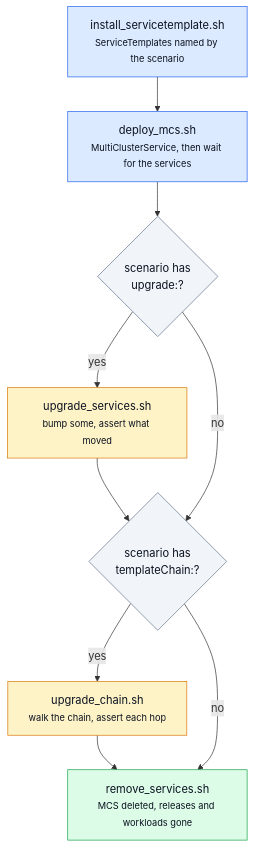
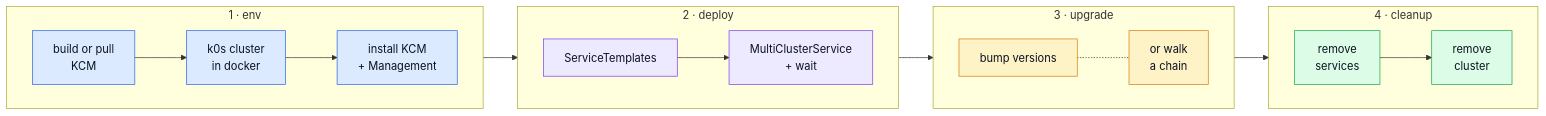
One commit to josef-hak/k0rdent-ksm-tests changed the first of 2 diagrams in README.md. Above: the diagram before and after it, drawn with Mermaid. The commit also changed other lines of this file, not shown here.

Commit message:
docs: run diagram in four phases

````diff
--- a/README.md
+++ b/README.md
@@ -20,26 +20,34 @@
 ```mermaid
-flowchart TD
-    T["install_servicetemplate.sh<br/><small>ServiceTemplates named by the scenario</small>"]
-    D["deploy_mcs.sh<br/><small>MultiClusterService, then wait for the services</small>"]
-    U{"scenario has<br/>upgrade:?"}
-    US["upgrade_services.sh<br/><small>bump some, assert what moved</small>"]
-    C{"scenario has<br/>templateChain:?"}
-    UC["upgrade_chain.sh<br/><small>walk the chain, assert each hop</small>"]
-    R["remove_services.sh<br/><small>MCS deleted, releases and workloads gone</small>"]
+flowchart LR
+    subgraph P1["1 · env"]
+        direction LR
+        E1["build or pull<br/>KCM"] --> E2["k0s cluster<br/>in docker"] --> E3["install KCM<br/>+ Management"]
+    end
 
-    T --> D --> U
-    U -- yes --> US --> C
-    U -- no --> C
-    C -- yes --> UC --> R
-    C -- no --> R
+    subgraph P2["2 · deploy"]
+        direction LR
+        D1["ServiceTemplates"] --> D2["MultiClusterService<br/>+ wait"]
+    end
 
-    classDef always fill:#dbeafe,stroke:#2563eb,stroke-width:1px,color:#0b1220
-    classDef optional fill:#fef3c7,stroke:#d97706,stroke-width:1px,color:#0b1220
-    classDef gate fill:#f1f5f9,stroke:#64748b,stroke-width:1px,color:#0b1220
-    classDef teardown fill:#dcfce7,stroke:#16a34a,stroke-width:1px,color:#0b1220
+    subgraph P3["3 · upgrade"]
+        direction LR
+        U1["bump versions"] -.- U2["or walk<br/>a chain"]
+    end
 
-    class T,D always
-    class US,UC optional
-    class U,C gate
-    class R teardown
+    subgraph P4["4 · cleanup"]
+        direction LR
+        C1["remove<br/>services"] --> C2["remove<br/>cluster"]
+    end
+
+    P1 --> P2 --> P3 --> P4
+
+    classDef env fill:#dbeafe,stroke:#2563eb,color:#0b1220
+    classDef dep fill:#ede9fe,stroke:#7c3aed,color:#0b1220
+    classDef upg fill:#fef3c7,stroke:#d97706,color:#0b1220
+    classDef out fill:#dcfce7,stroke:#16a34a,color:#0b1220
+
+    class E1,E2,E3 env
+    class D1,D2 dep
+    class U1,U2 upg
+    class C1,C2 out
 ```
````
